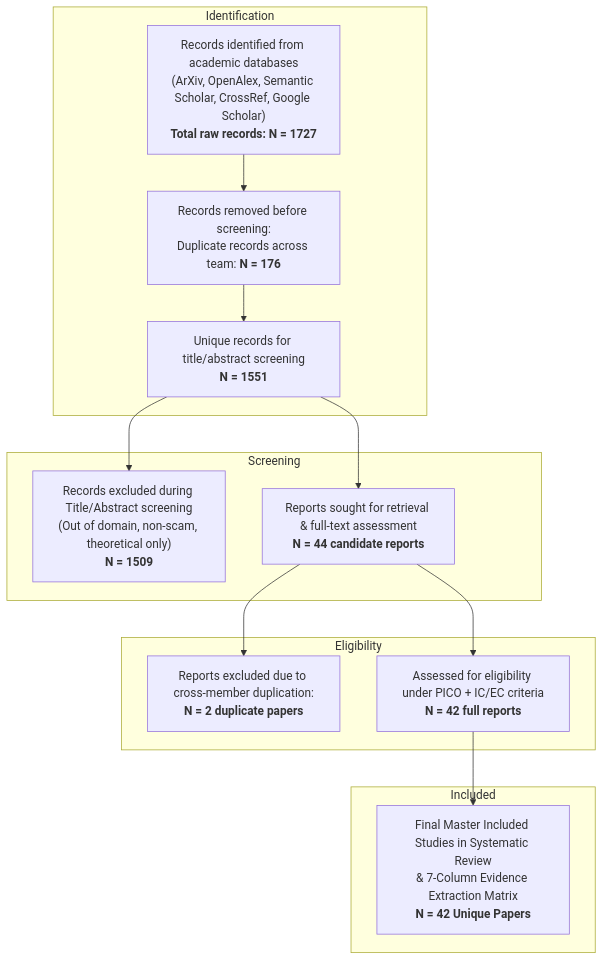
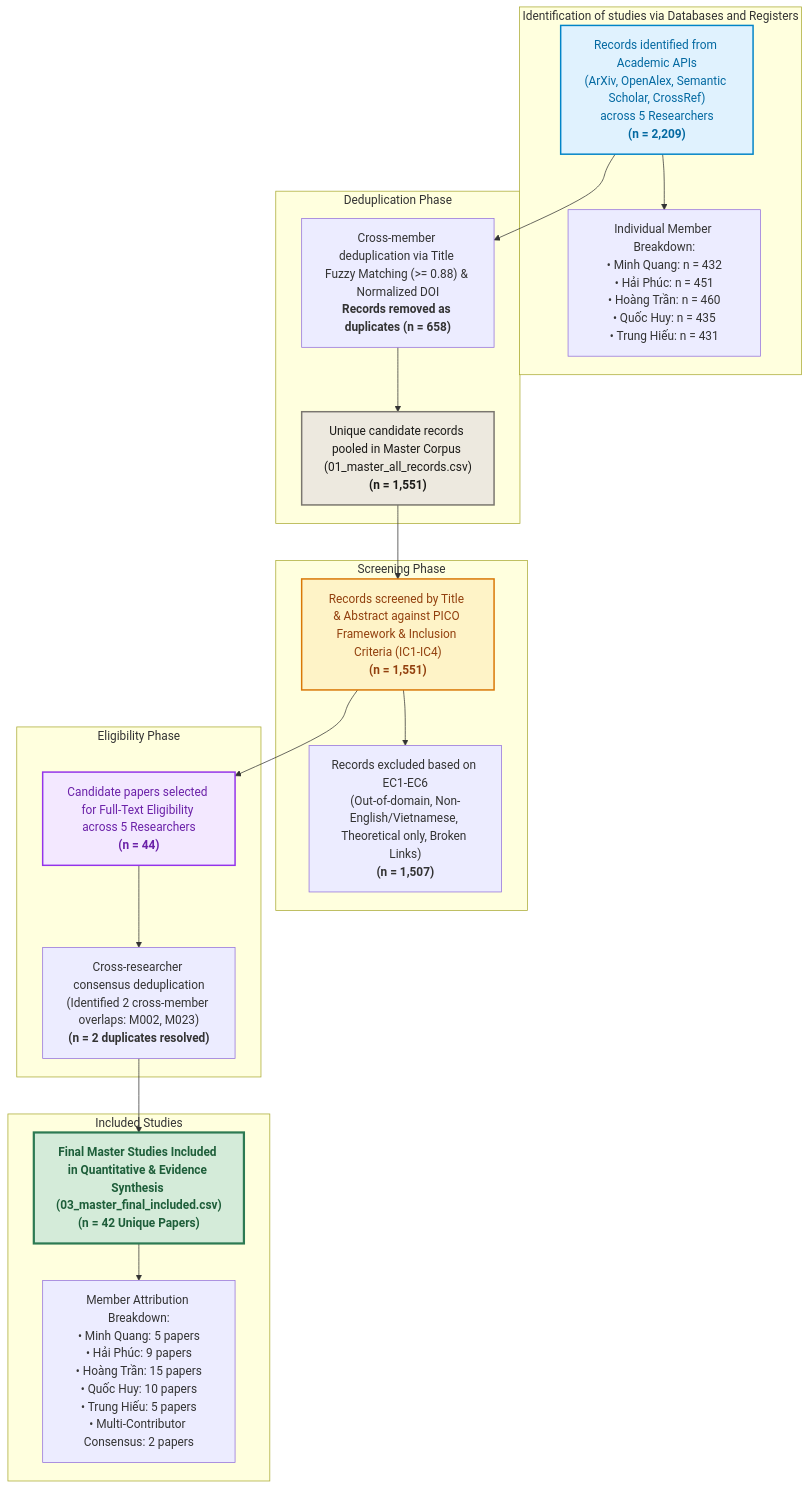
The diagram in master_SLR/prisma_master_flow.md (QuangWorkIT/RBL_ScamShield), drawn with Mermaid before and after one commit. The commit also changed other lines of this file and 4 other files, not shown here.

Commit message:
docs: update 42-paper Master Evidence Synthesis Matrix, 5-Pillar Gap Analysis, and PRISMA Flow diagram

````diff
--- a/master_SLR/prisma_master_flow.md
+++ b/master_SLR/prisma_master_flow.md
@@ -3,29 +4,42 @@
 ```mermaid
 flowchart TD
-    subgraph Identification
-        A["Records identified from academic databases<br/>(ArXiv, OpenAlex, Semantic Scholar, CrossRef, Google Scholar)<br/><b>Total raw records: N = 1727</b>"]
-        B["Records removed before screening:<br/>Duplicate records across team: <b>N = 176</b>"]
-        A --> B
-        C["Unique records for title/abstract screening<br/><b>N = 1551</b>"]
-        B --> C
+    subgraph Identification ["Identification of studies via Databases and Registers"]
+        A1["Records identified from Academic APIs<br>(ArXiv, OpenAlex, Semantic Scholar, CrossRef)<br>across 5 Researchers<br><b>(n = 2,209)</b>"]
+        A2["Individual Member Breakdown:<br>• Minh Quang: n = 432<br>• Hải Phúc: n = 451<br>• Hoàng Trần: n = 460<br>• Quốc Huy: n = 435<br>• Trung Hiếu: n = 431"]
+        A1 --> A2
     end
 
-    subgraph Screening
-        D["Records excluded during Title/Abstract screening<br/>(Out of domain, non-scam, theoretical only)<br/><b>N = 1509</b>"]
-        C --> D
-        E["Reports sought for retrieval & full-text assessment<br/><b>N = 44 candidate reports</b>"]
-        C --> E
+    subgraph Deduplication ["Deduplication Phase"]
+        B1["Cross-member deduplication via Title Fuzzy Matching (>= 0.88) & Normalized DOI<br><b>Records removed as duplicates (n = 658)</b>"]
+        B2["Unique candidate records pooled in Master Corpus (01_master_all_records.csv)<br><b>(n = 1,551)</b>"]
+        A1 --> B1
+        B1 --> B2
     end
 
-    subgraph Eligibility
-        F["Reports excluded due to cross-member duplication:<br/><b>N = 2 duplicate papers</b>"]
-        E --> F
-        G["Assessed for eligibility under PICO + IC/EC criteria<br/><b>N = 42 full reports</b>"]
-        E --> G
+    subgraph Screening ["Screening Phase"]
+        C1["Records screened by Title & Abstract against PICO Framework & Inclusion Criteria (IC1-IC4)<br><b>(n = 1,551)</b>"]
+        C2["Records excluded based on EC1-EC6<br>(Out-of-domain, Non-English/Vietnamese, Theoretical only, Broken Links)<br><b>(n = 1,507)</b>"]
+        B2 --> C1
+        C1 --> C2
     end
 
-    subgraph Included
-        H["Final Master Included Studies in Systematic Review<br/>& 7-Column Evidence Extraction Matrix<br/><b>N = 42 Unique Papers</b>"]
-        G --> H
+    subgraph Eligibility ["Eligibility Phase"]
+        D1["Candidate papers selected for Full-Text Eligibility across 5 Researchers<br><b>(n = 44)</b>"]
+        D2["Cross-researcher consensus deduplication<br>(Identified 2 cross-member overlaps: M002, M023)<br><b>(n = 2 duplicates resolved)</b>"]
+        C1 --> D1
+        D1 --> D2
     end
+
+    subgraph Included ["Included Studies"]
+        E1["<b>Final Master Studies Included in Quantitative & Evidence Synthesis (03_master_final_included.csv)</b><br><b>(n = 42 Unique Papers)</b>"]
+        E2["Member Attribution Breakdown:<br>• Minh Quang: 5 papers<br>• Hải Phúc: 9 papers<br>• Hoàng Trần: 15 papers<br>• Quốc Huy: 10 papers<br>• Trung Hiếu: 5 papers<br>• Multi-Contributor Consensus: 2 papers"]
+        D2 --> E1
+        E1 --> E2
+    end
+
+    style A1 fill:#E0F2FE,stroke:#0284C7,stroke-width:2px,color:#0369A1
+    style B2 fill:#EDE9DF,stroke:#7A766F,stroke-width:2px,color:#1A1917
+    style C1 fill:#FEF3C7,stroke:#D97706,stroke-width:2px,color:#92400E
+    style D1 fill:#F3E8FF,stroke:#9333EA,stroke-width:2px,color:#6B21A8
+    style E1 fill:#D4EBD9,stroke:#2D7A53,stroke-width:3px,color:#1E5E3A
 ```
````
